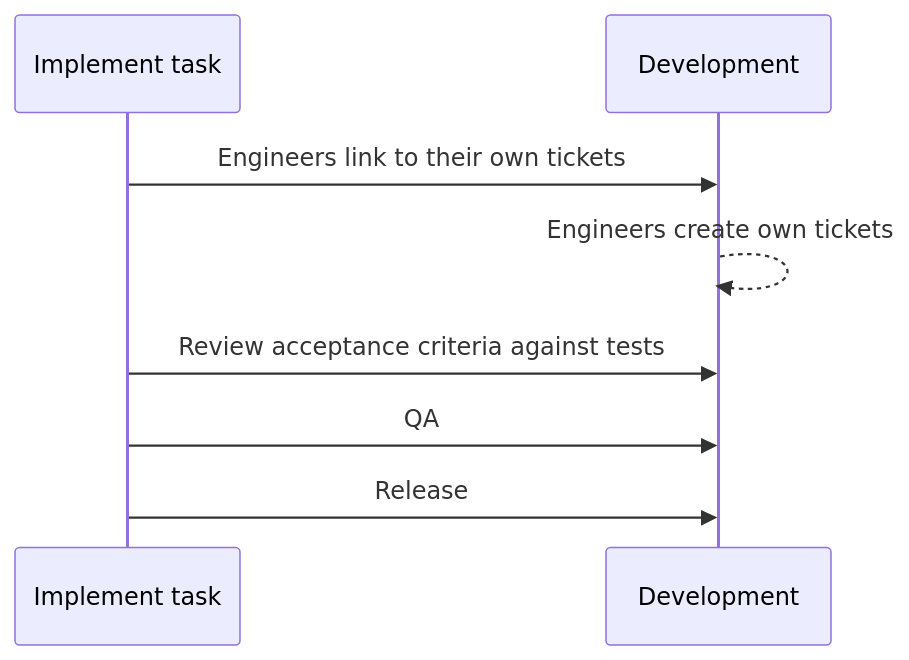
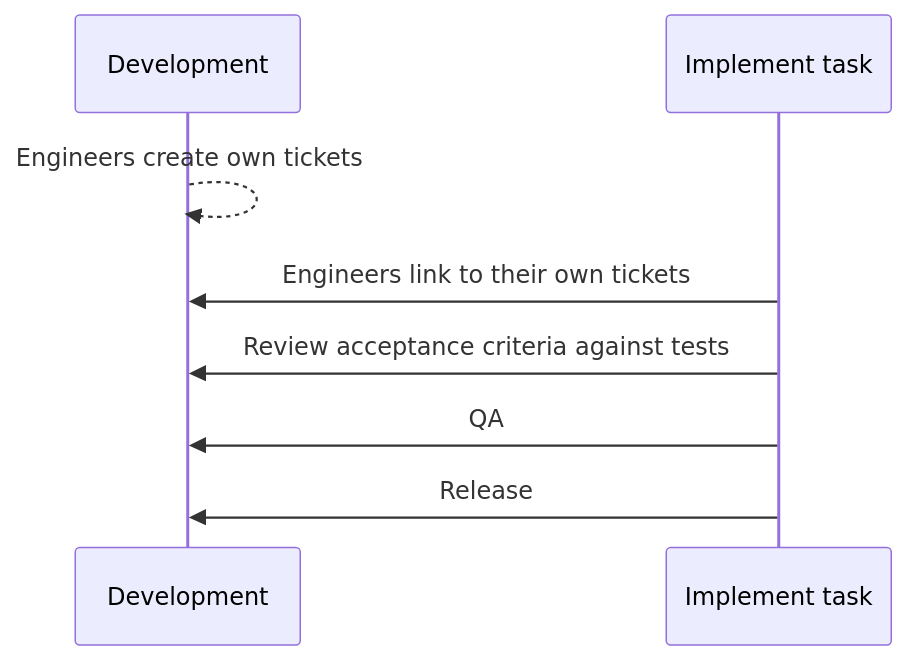
Before and after one commit to vegaprotocol/specs: the second of 2 diagrams in README.md, drawn with Mermaid. The commit also changed other lines of this file, not shown here.

````diff
--- a/README.md
+++ b/README.md
@@ -66,10 +66,10 @@
 ```mermaid
 sequenceDiagram
 
+Development-->>Development:  Engineers create own tickets
 Implement task->>Development: Engineers link to their own tickets
-Development-->>Development:  Engineers create own tickets
 Implement task->>Development: Review acceptance criteria against tests
 Implement task->>Development: QA
 Implement task->>Development: Release
 
 ```
````
